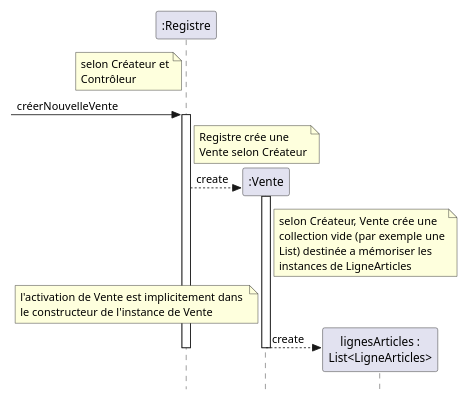
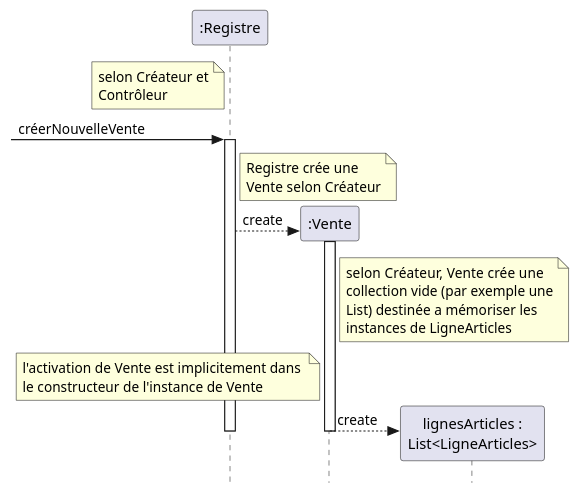
Before and after one commit to fuhrmanator/log210-ndc-quarto: the third of 6 diagrams in Exercices.qmd, drawn with PlantUML. The commit also changed other lines of this file, not shown here.

````diff
--- a/Exercices.qmd
+++ b/Exercices.qmd
@@ -50,31 +77,28 @@
-```{.plantuml}
-@startuml
-skinparam style strictuml
-scale 0.8
-participant ":Registre" as r
-note left of r : selon Créateur et\nContrôleur
-->r : créerNouvelleVente
-activate r
-note right of r : Registre crée une\nVente selon Créateur
-participant ":Vente" as s
-create s
-r-->s : create
-activate s
-note right of s
- selon Créateur, Vente crée une 
- collection vide (par exemple une
- List) destinée a mémoriser les
- instances de LigneArticles
-end note
-note left of s
-l'activation de Vente est implicitement dans 
-le constructeur de l'instance de Vente
-end note
-participant "lignesArticles :\nList<LigneArticles>" as li
-create li
-s-->li : create
-deactivate s
-deactivate r
-@enduml
-
-```
+    @startuml
+    skinparam style strictuml
+    scale 1.0
+    participant ":Registre" as r
+    note left of r : selon Créateur et\nContrôleur
+    ->r : créerNouvelleVente
+    activate r
+    note right of r : Registre crée une\nVente selon Créateur
+    participant ":Vente" as s
+    create s
+    r-->s : create
+    activate s
+    note right of s
+    selon Créateur, Vente crée une 
+    collection vide (par exemple une
+    List) destinée a mémoriser les
+    instances de LigneArticles
+    end note
+    note left of s
+    l'activation de Vente est implicitement dans 
+    le constructeur de l'instance de Vente
+    end note
+    participant "lignesArticles :\nList<LigneArticles>" as li
+    create li
+    s-->li : create
+    deactivate s
+    deactivate r
+    @enduml
````
